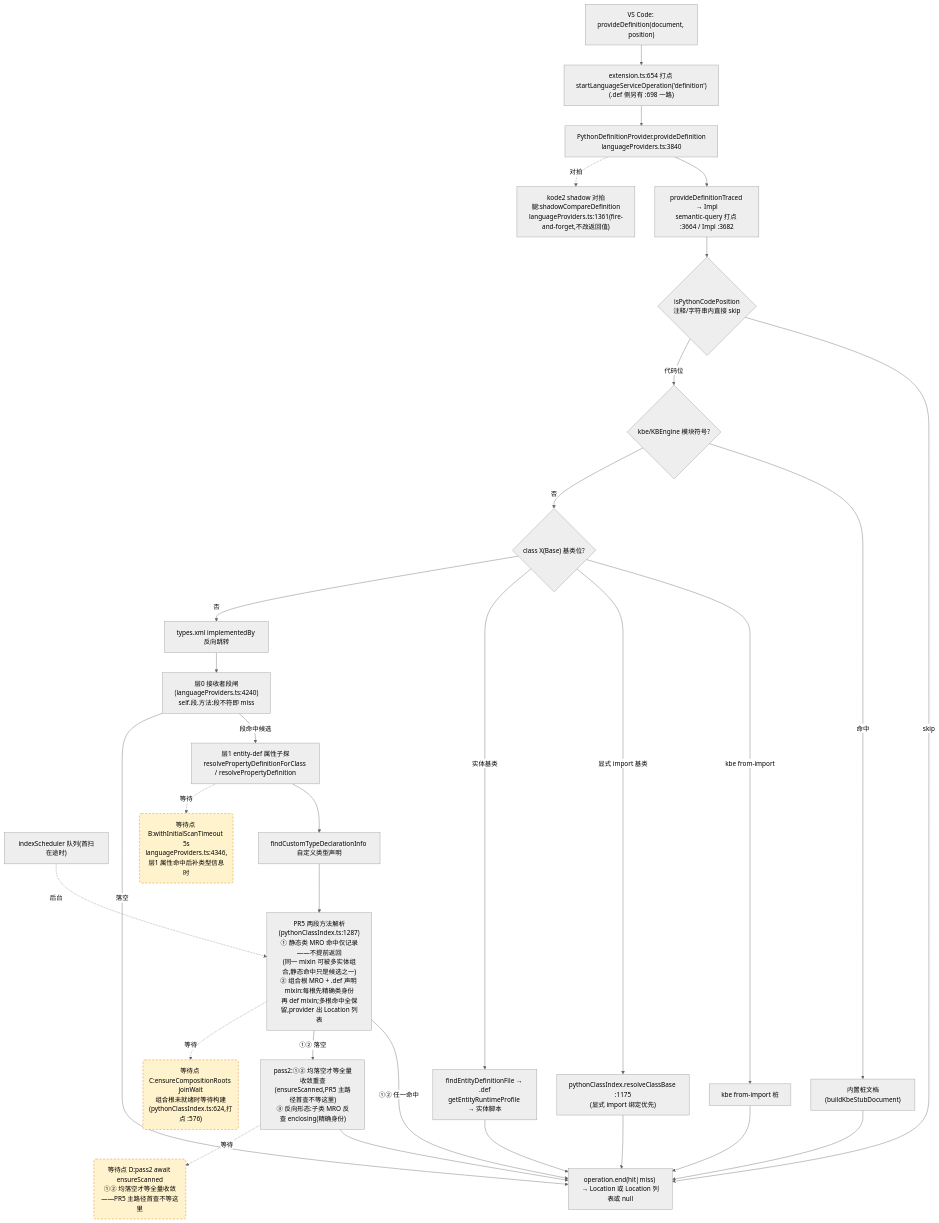
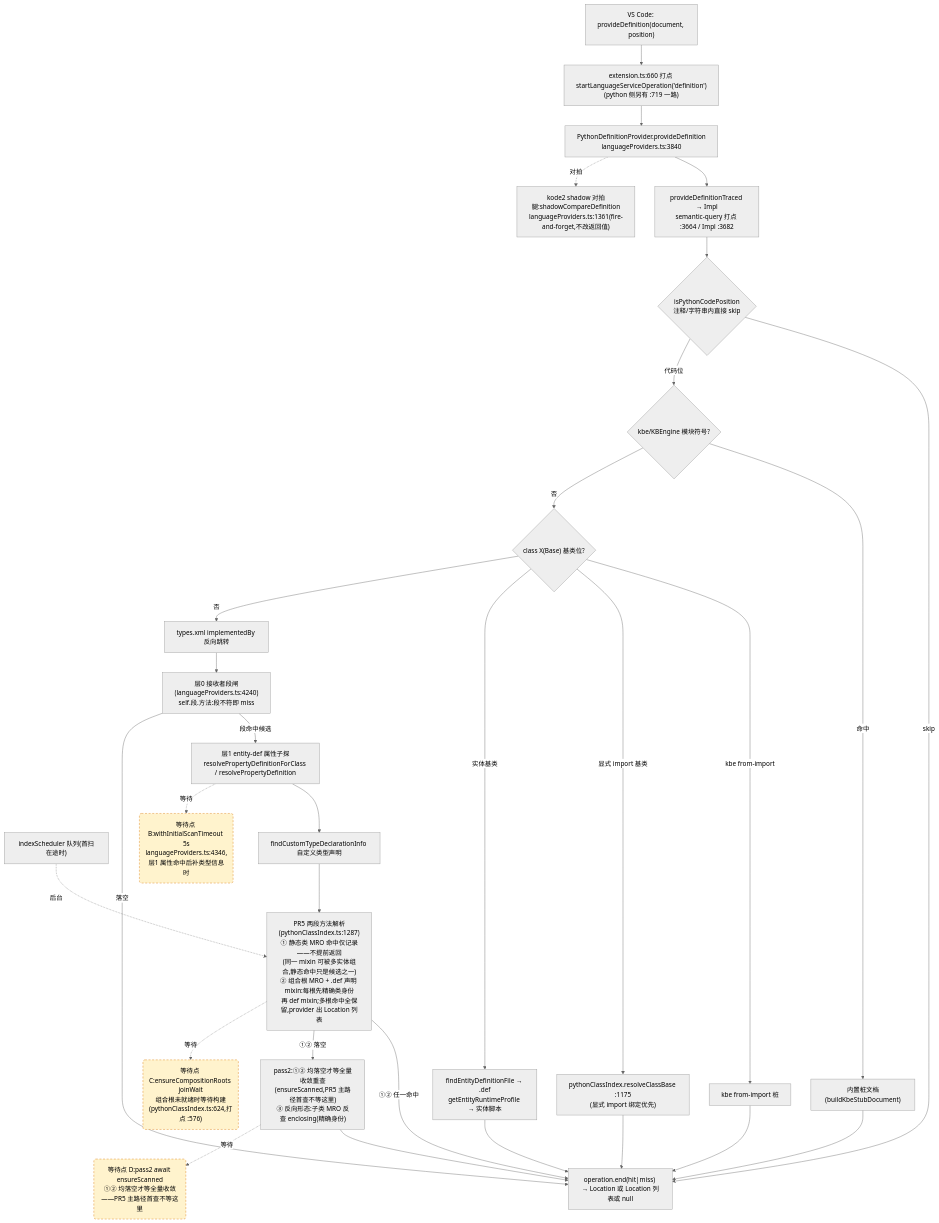
The second of 4 diagrams in docs/perf/2026-baseline.md (cuihairu/kode), drawn with Mermaid (neutral theme) before and after one commit. The commit also changed other lines of this file and 9 other files, not shown here.

````diff
--- a/docs/perf/2026-baseline.md
+++ b/docs/perf/2026-baseline.md
@@ -130,51 +130,51 @@
 ```mermaid
 flowchart TD
   VC2["VS Code: provideDefinition(document, position)"]
-  M2["extension.ts:654 打点 startLanguageServiceOperation('definition')<br/>(.def 侧另有 :698 一路)"]
+  M2["extension.ts:660 打点 startLanguageServiceOperation('definition')<br/>(python 侧另有 :719 一路)"]
   AD2["PythonDefinitionProvider.provideDefinition<br/>languageProviders.ts:3840"]
   TR["provideDefinitionTraced → Impl<br/>semantic-query 打点 :3664 / Impl :3682"]
   CTX{"isPythonCodePosition<br/>注释/字符串内直接 skip"}
   KBE{"kbe/KBEngine 模块符号?"}
   STUB["内置桩文档(buildKbeStubDocument)"]
   CB{"class X(Base) 基类位?"}
   CB1["kbe from-import 桩"]
   CB2["pythonClassIndex.resolveClassBase :1175<br/>(显式 import 绑定优先)"]
   CB3["findEntityDefinitionFile → .def<br/>getEntityRuntimeProfile → 实体脚本"]
   REV["types.xml implementedBy 反向跳转"]
   L0["层0 接收者段闸(languageProviders.ts:4240)<br/>self.段.方法:段不符即 miss"]
   L1["层1 entity-def 属性子探<br/>resolvePropertyDefinitionForClass / resolvePropertyDefinition"]
   SCAN["indexScheduler 队列(首扫在途时)"]
   TY["findCustomTypeDeclarationInfo 自定义类型声明"]
   MRO["PR5 两段方法解析(pythonClassIndex.ts:1287)<br/>① 静态类 MRO 命中仅记录——不提前返回<br/>(同一 mixin 可被多实体组合,静态命中只是候选之一)<br/>② 组合根 MRO + .def 声明 mixin:每根先精确类身份<br/>再 def mixin;多根命中全保留,provider 出 Location 列表"]
   PASS2["pass2:①② 均落空才等全量收敛重查<br/>(ensureScanned,PR5 主路径首查不等这里)<br/>③ 反向形态:子类 MRO 反查 enclosing(精确身份)"]
   SHD["kode2 shadow 对拍腿:shadowCompareDefinition<br/>languageProviders.ts:1361(fire-and-forget,不改返回值)"]
   END2["operation.end(hit|miss) → Location 或 Location 列表或 null"]
 
   VC2 --> M2 --> AD2 --> TR --> CTX
   CTX -- "skip" --> END2
   CTX -- "代码位" --> KBE
   KBE -- "命中" --> STUB --> END2
   KBE -- "否" --> CB
   CB -- "kbe from-import" --> CB1 --> END2
   CB -- "显式 import 基类" --> CB2 --> END2
   CB -- "实体基类" --> CB3 --> END2
   CB -- "否" --> REV --> L0
   L0 -- "段命中候选" --> L1
   L0 -- "落空" --> END2
   L1 --> TY
   TY --> MRO
   MRO -- "①② 任一命中" --> END2
   MRO -- "①② 落空" --> PASS2 --> END2
   AD2 -.->|对拍| SHD
 
   WAITB("等待点 B:withInitialScanTimeout 5s<br/>languageProviders.ts:4346,层1 属性命中后补类型信息时")
   WAITC("等待点 C:ensureCompositionRoots joinWait<br/>组合根未就绪时等待构建(pythonClassIndex.ts:624,打点 :576)")
   WAITD("等待点 D:pass2 await ensureScanned<br/>①② 均落空才等全量收敛——PR5 主路径首查不等这里")
   L1 -.->|等待| WAITB
   MRO -.->|等待| WAITC
   PASS2 -.->|等待| WAITD
   SCAN -.->|后台| MRO
 
   classDef waitPoint fill:#fff3cd,stroke:#d97706,stroke-dasharray:5 4;
   class WAITB,WAITC,WAITD waitPoint;
 ```
````
